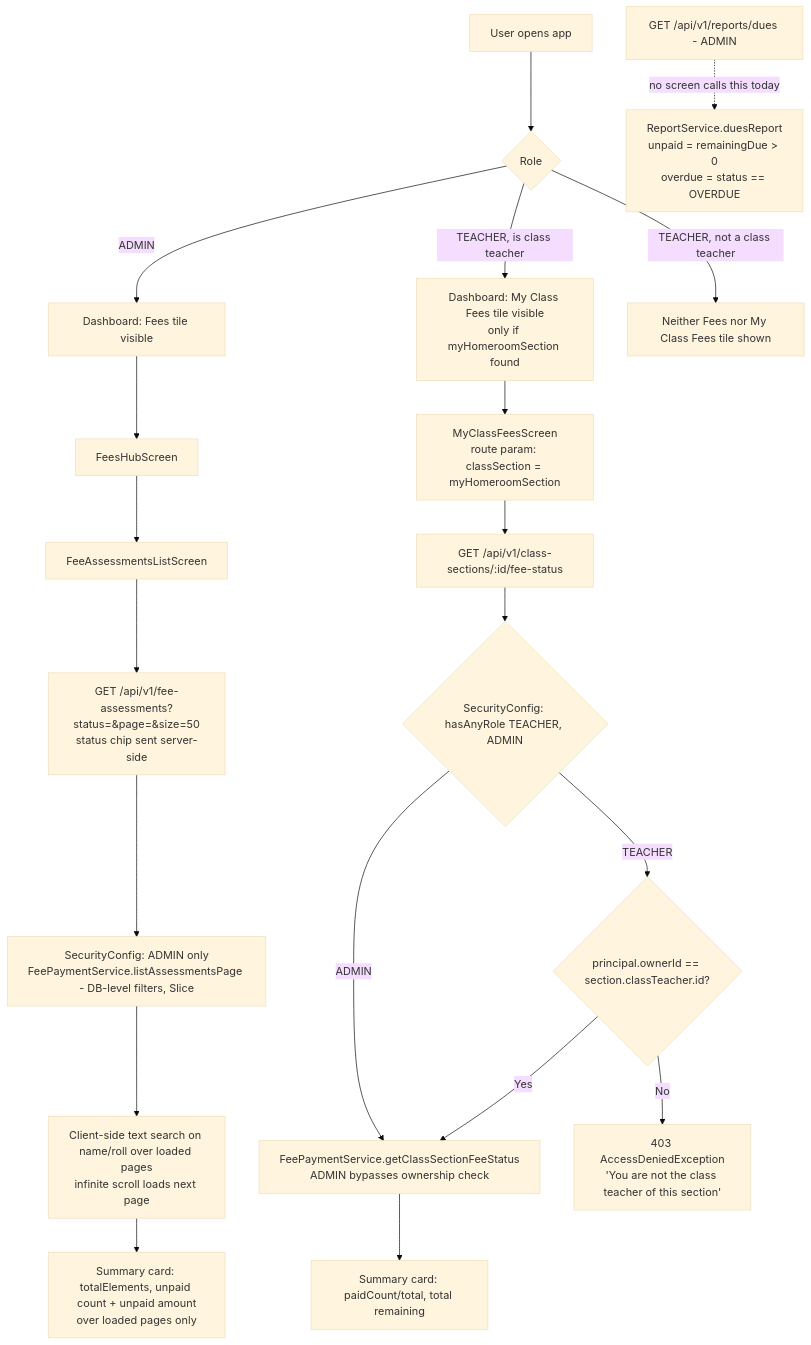
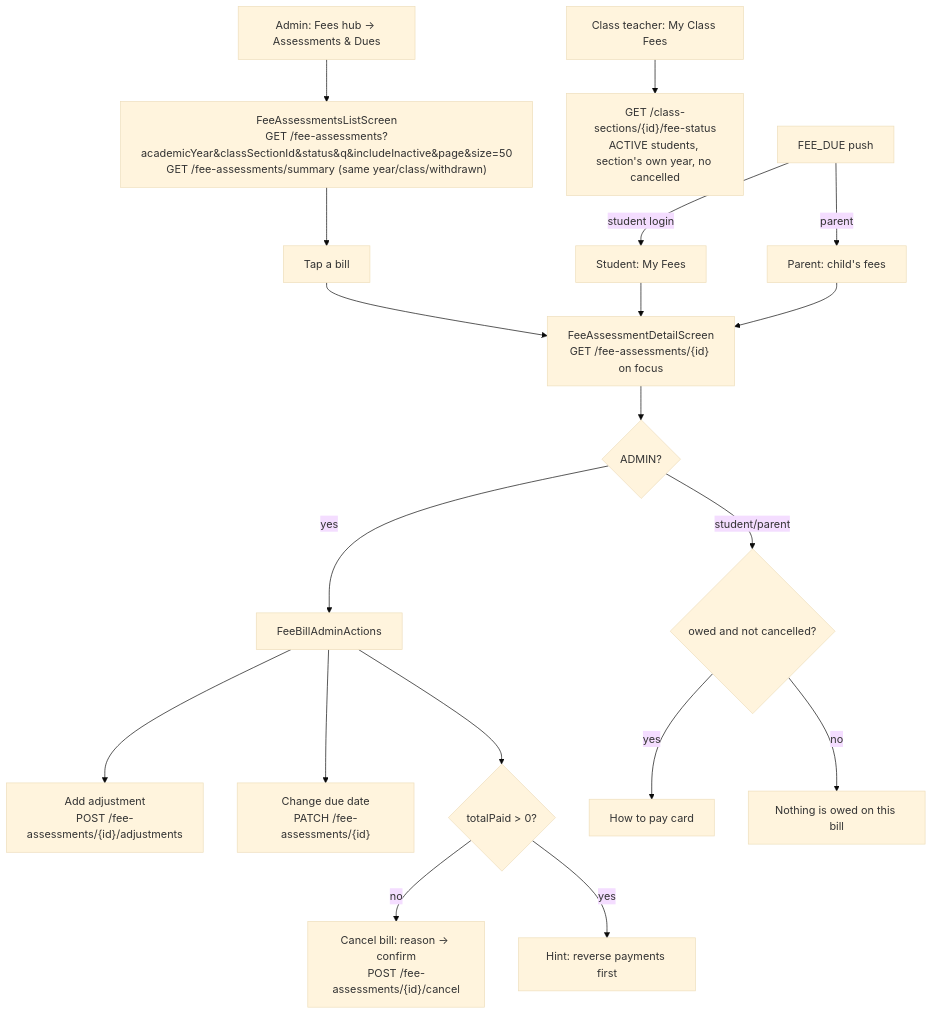
One commit to ManojPatidar10/Gurukul_rn changed the diagram in feature-docs/fees-overview/FLOW.md. Above: the diagram before and after it, drawn with Mermaid (base theme). The commit also changed other lines of this file and 38 other files, not shown here.

First line of the commit message:
Fee bills and dues: adjustments, cancel, editable structures, due dates, OVERDUE, server totals (specs/fee-bills-and-dues)

````diff
--- a/feature-docs/fees-overview/FLOW.md
+++ b/feature-docs/fees-overview/FLOW.md
@@ -15,25 +17,21 @@
 ```mermaid
 flowchart TD
-  A[User opens app] --> B{Role}
-  B -->|ADMIN| C[Dashboard: Fees tile visible]
-  B -->|TEACHER, is class teacher| D[Dashboard: My Class Fees tile visible\nonly if myHomeroomSection found]
-  B -->|TEACHER, not a class teacher| E[Neither Fees nor My Class Fees tile shown]
+  A[Admin: Fees hub → Assessments & Dues] --> B["FeeAssessmentsListScreen\nGET /fee-assessments?academicYear&classSectionId&status&q&includeInactive&page&size=50\nGET /fee-assessments/summary (same year/class/withdrawn)"]
+  B --> C[Tap a bill] --> D["FeeAssessmentDetailScreen\nGET /fee-assessments/{id} on focus"]
+  D --> E{ADMIN?}
+  E -- yes --> F["FeeBillAdminActions"]
+  F --> F1["Add adjustment\nPOST /fee-assessments/{id}/adjustments"]
+  F --> F2["Change due date\nPATCH /fee-assessments/{id}"]
+  F --> F3{totalPaid > 0?}
+  F3 -- no --> F4["Cancel bill: reason → confirm\nPOST /fee-assessments/{id}/cancel"]
+  F3 -- yes --> F5[Hint: reverse payments first]
+  E -- student/parent --> G{owed and not cancelled?}
+  G -- yes --> G1[How to pay card]
+  G -- no --> G2[Nothing is owed on this bill]
 
-  C --> F[FeesHubScreen]
-  F --> G[FeeAssessmentsListScreen]
-  G --> H[GET /api/v1/fee-assessments?status=&page=&size=50\nstatus chip sent server-side]
-  H --> I[SecurityConfig: ADMIN only\nFeePaymentService.listAssessmentsPage - DB-level filters, Slice]
-  I --> J[Client-side text search on name/roll over loaded pages\ninfinite scroll loads next page]
-  J --> K[Summary card: totalElements, unpaid count + unpaid amount\nover loaded pages only]
-
-  D --> L[MyClassFeesScreen\nroute param: classSection = myHomeroomSection]
-  L --> M[GET /api/v1/class-sections/:id/fee-status]
-  M --> N{SecurityConfig: hasAnyRole TEACHER, ADMIN}
-  N -->|ADMIN| O[FeePaymentService.getClassSectionFeeStatus\nADMIN bypasses ownership check]
-  N -->|TEACHER| P{principal.ownerId == section.classTeacher.id?}
-  P -->|Yes| O
-  P -->|No| Q[403 AccessDeniedException\n'You are not the class teacher of this section']
-  O --> R[Summary card: paidCount/total, total remaining]
-
-  S[GET /api/v1/reports/dues - ADMIN] -.->|no screen calls this today| T[ReportService.duesReport\nunpaid = remainingDue > 0\noverdue = status == OVERDUE]
+  H[Student: My Fees] --> D
+  I[Parent: child's fees] --> D
+  J[Class teacher: My Class Fees] --> K["GET /class-sections/{id}/fee-status\nACTIVE students, section's own year, no cancelled"]
+  L["FEE_DUE push"] -->|parent| I
+  L -->|student login| H
 ```
````
